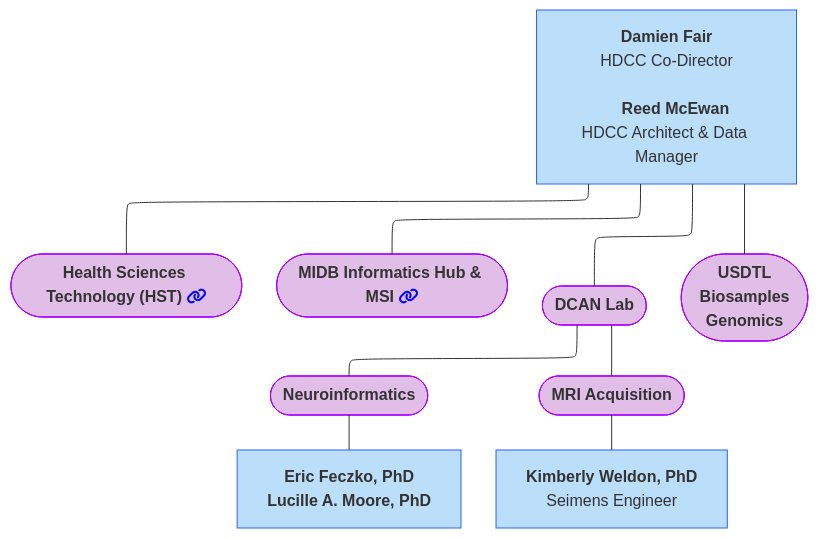
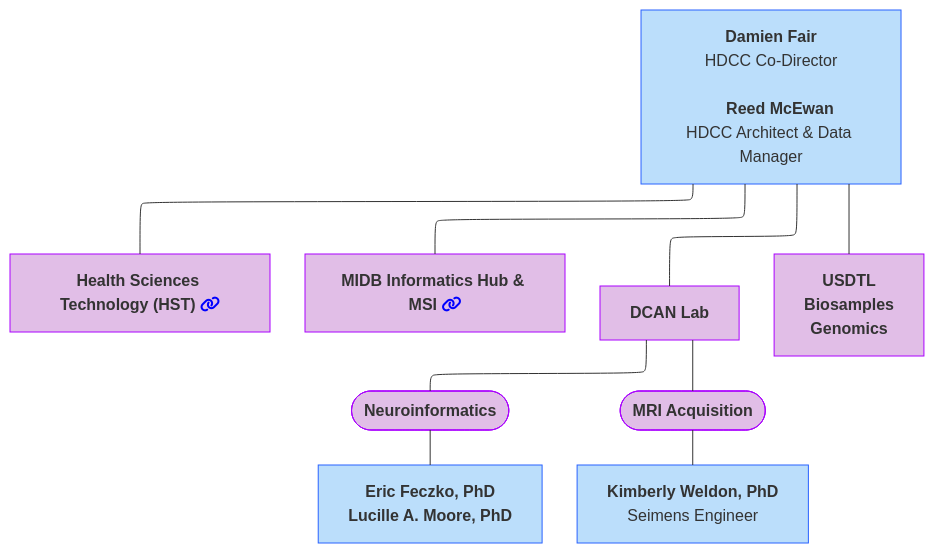
One commit to DCAN-Labs/hbcd-docs-internal changed the fourth of 9 diagrams in docs/orgcharts.md. Above: the diagram before and after it, drawn with Mermaid.

````diff
--- a/docs/orgcharts.md
+++ b/docs/orgcharts.md
@@ -224,24 +224,24 @@
 ```mermaid
 ---
 config:
   layout: elk
 ---
 flowchart TB
     A1["<b>Damien Fair</b><br>HDCC Co-Director<br>
-    <b>Reed McEwan</b><br>HDCC Architect &amp; Data Manager"] --- HST(["<b>Health Sciences Technology (HST)</b> <i class="fa-solid fa-link" style="color: blue;"></i>"]) & MIDB(["<b>MIDB Informatics Hub &amp; MSI</b> <i class="fa-solid fa-link" style="color: blue;"></i>"]) & DCAN(["<b>DCAN Lab</b>"]) & n6(["<b>USDTL<br>Biosamples<br>Genomics</b>"])
+    <b>Reed McEwan</b><br>HDCC Architect &amp; Data Manager"] --- HST["<b>Health Sciences Technology (HST)</b> <i class="fa-solid fa-link" style="color: blue;"></i>"] & MIDB["<b>MIDB Informatics Hub &amp; MSI</b> <i class="fa-solid fa-link" style="color: blue;"></i>"] & DCAN["<b>DCAN Lab</b>"] & n6["<b>USDTL<br>Biosamples<br>Genomics</b>"]
     DCAN --- n1(["<b>Neuroinformatics</b>"]) & n2(["<b>MRI Acquisition</b>"])
     n1 --- n3["<b>Eric Feczko, PhD</b><br><b>Lucille A. Moore, PhD</b>"]
     n2 --- n4["<b>Kimberly Weldon, PhD</b><br>Seimens Engineer"]
     style A1 fill:#BBDEFB,stroke:#2962FF
     style HST fill:#E1BEE7,stroke:#AA00FF
     style MIDB fill:#E1BEE7,stroke:#AA00FF
     style DCAN fill:#E1BEE7,stroke:#AA00FF
     style n6 fill:#E1BEE7,stroke:#AA00FF
     style n1 fill:#E1BEE7,stroke:#AA00FF
     style n2 fill:#E1BEE7,stroke:#AA00FF
     style n3 fill:#BBDEFB,stroke:#2962FF
     style n4 fill:#BBDEFB,stroke:#2962FF
     click HST "#health-sciences-technology-hst"
     click MIDB "#midb-informatics-hub-msi"
     click DCAN "https://innovation.umn.edu/developmental-cognition-and-neuroimaging-lab"
 ```
````
